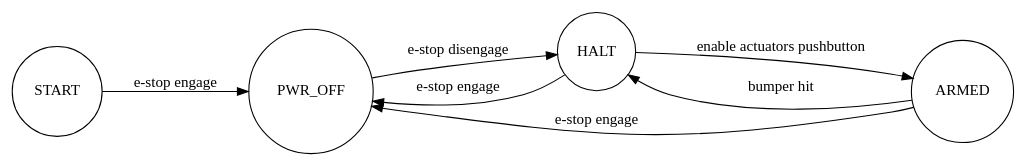
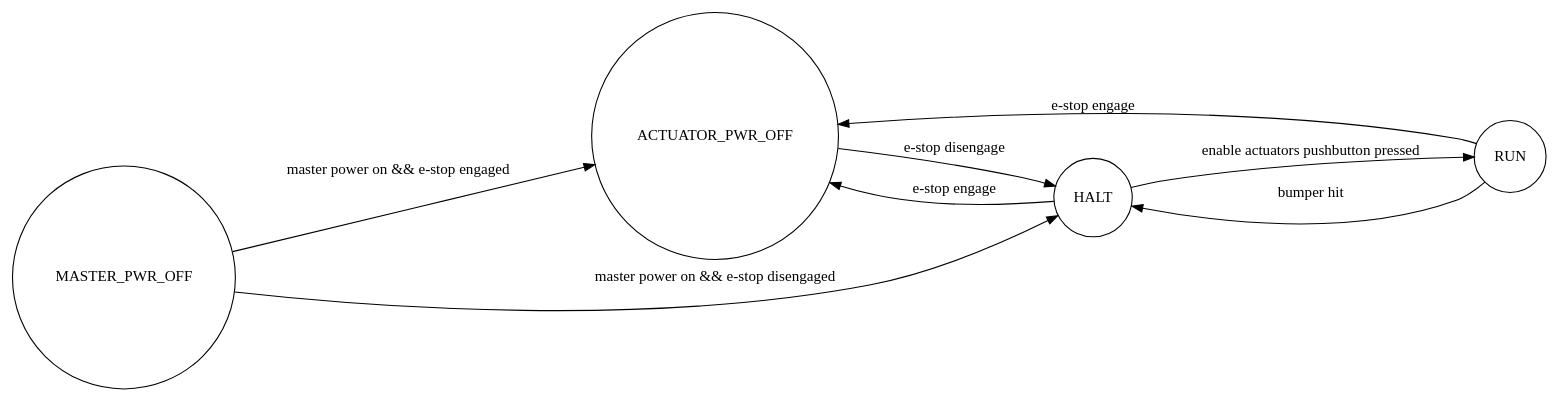
One commit to msunardi/jeevesrobot changed the diagram in misc/hardware/APD_board/fsm.gv. Above: the diagram before and after it, drawn with Graphviz. The commit also changed 1 other file, not shown here.

Commit message:
Updated actuator power state chart.

```diff
--- a/misc/hardware/APD_board/fsm.gv
+++ b/misc/hardware/APD_board/fsm.gv
@@ -1,15 +1,19 @@
 // turn this file into a PNG graph with 'dot fsm.gv -Tpng -O'
 digraph finite_state_machine {
 	rankdir=LR;
 	splines=true;
 	sep="+100,100";
 	overlap=false;
-	node [shape = circle]; START PWR_OFF HALT ARMED;
-	START -> PWR_OFF [ label = "e-stop engage" ];
-	PWR_OFF -> HALT [ label = "e-stop disengage" ];
-	HALT -> ARMED [ label = "enable actuators pushbutton" ];
+	node [shape = circle]; MASTER_PWR_OFF ACTUATOR_PWR_OFF HALT RUN
 
-	ARMED -> HALT [ label = "bumper hit" ];
-	ARMED -> PWR_OFF [ label = "e-stop engage" ];
-	HALT -> PWR_OFF [ label = "e-stop engage" ]; 
+	ACTUATOR_PWR_OFF -> HALT [ label = "e-stop disengage" ];
+	HALT -> ACTUATOR_PWR_OFF [ label = "e-stop engage" ];
+
+	HALT -> RUN [ label = "enable actuators pushbutton pressed" ];
+	RUN -> HALT [ label = "bumper hit" ];
+	
+	RUN -> ACTUATOR_PWR_OFF [ label = "e-stop engage" ];
+
+	MASTER_PWR_OFF -> ACTUATOR_PWR_OFF [ label = "master power on && e-stop engaged" ];
+	MASTER_PWR_OFF -> HALT [ label = "master power on && e-stop disengaged" ];
 }
```
